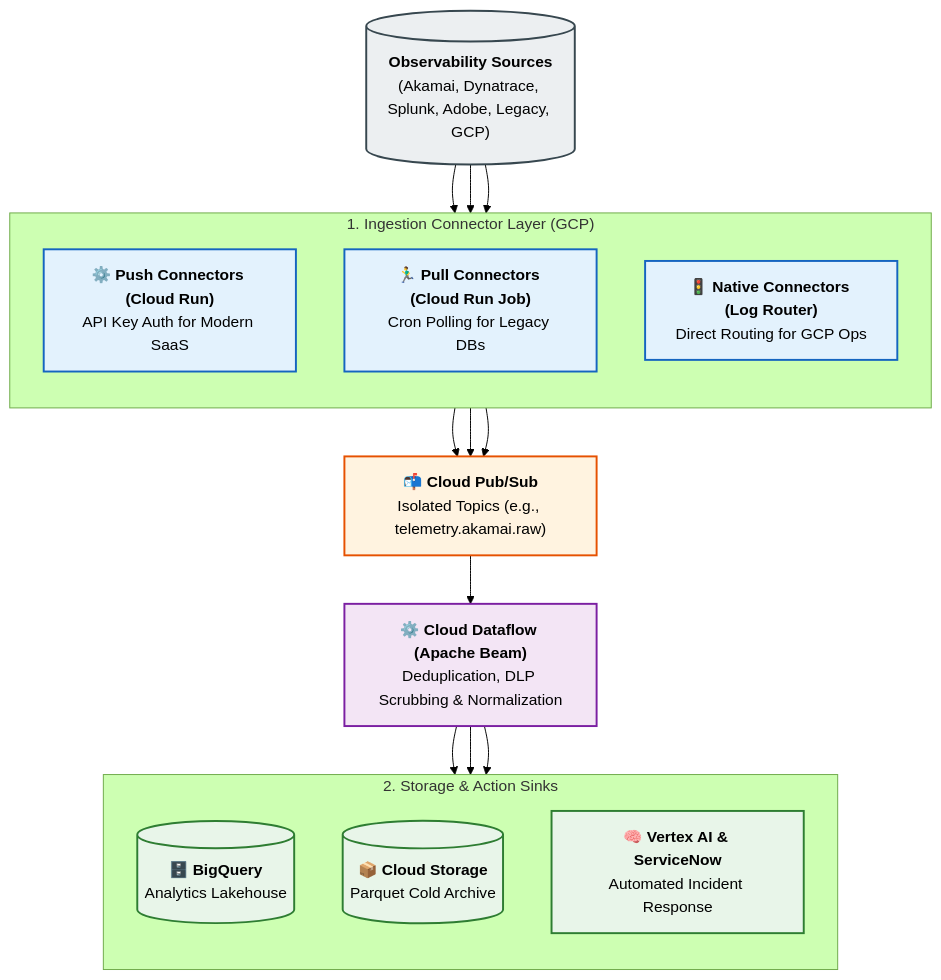
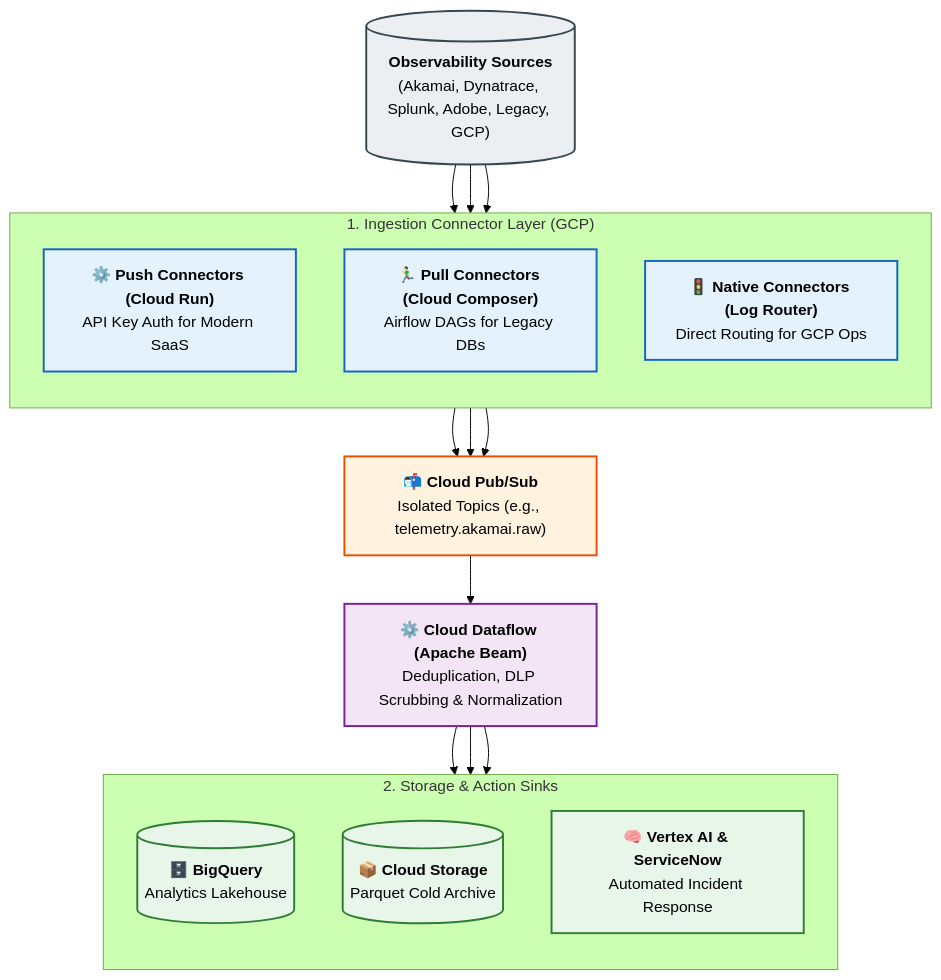
Before and after one commit to toanbui626391/aiops_architect: the diagram in docs/architecture/01_ingestion/ingestion_architecture.md, drawn with Mermaid (forest theme). The commit also changed other lines of this file, not shown here.

Commit message:
update with pull based

````diff
--- a/docs/architecture/01_ingestion/ingestion_architecture.md
+++ b/docs/architecture/01_ingestion/ingestion_architecture.md
@@ -11,55 +11,55 @@
 ```mermaid
 flowchart TD
     %% Sources
     Sources[("<b>Observability Sources</b><br/>(Akamai, Dynatrace, Splunk, Adobe, Legacy, GCP)")]
     
     %% Connectors
     subgraph Connectors ["1. Ingestion Connector Layer (GCP)"]
         direction TB
         Push["⚙️ <b>Push Connectors (Cloud Run)</b><br/>API Key Auth for Modern SaaS"]
-        Pull["🏃‍♂️ <b>Pull Connectors (Cloud Run Job)</b><br/>Cron Polling for Legacy DBs"]
+        Pull["🏃‍♂️ <b>Pull Connectors (Cloud Composer)</b><br/>Airflow DAGs for Legacy DBs"]
         Native["🚦 <b>Native Connectors (Log Router)</b><br/>Direct Routing for GCP Ops"]
     end
     
     %% Event Bus
     PubSub["📬 <b>Cloud Pub/Sub</b><br/>Isolated Topics (e.g., telemetry.akamai.raw)"]
     
     %% Stream Processing
     Dataflow["⚙️ <b>Cloud Dataflow (Apache Beam)</b><br/>Deduplication, DLP Scrubbing & Normalization"]
     
     %% Storage Sinks
     subgraph Storage ["2. Storage & Action Sinks"]
         direction TB
         BQ[("🗄️ <b>BigQuery</b><br/>Analytics Lakehouse")]
         GCS[("📦 <b>Cloud Storage</b><br/>Parquet Cold Archive")]
         Action["🧠 <b>Vertex AI & ServiceNow</b><br/>Automated Incident Response"]
     end
 
     %% Flow
     Sources --> Push
     Sources --> Pull
     Sources --> Native
     
     Push --> PubSub
     Pull --> PubSub
     Native --> PubSub
     
     PubSub --> Dataflow
     
     Dataflow --> BQ
     Dataflow --> GCS
     Dataflow --> Action
 
     %% Styling
     classDef srcStyle fill:#ECEFF1,stroke:#37474F,stroke-width:2px;
     classDef conStyle fill:#E3F2FD,stroke:#1565C0,stroke-width:2px;
     classDef psStyle fill:#FFF3E0,stroke:#E65100,stroke-width:2px;
     classDef dfStyle fill:#F3E5F5,stroke:#7B1FA2,stroke-width:2px;
     classDef sinkStyle fill:#E8F5E9,stroke:#2E7D32,stroke-width:2px;
 
     class Sources srcStyle;
     class Push,Pull,Native conStyle;
     class PubSub psStyle;
     class Dataflow dfStyle;
     class BQ,GCS,Action sinkStyle;
 ```
````
